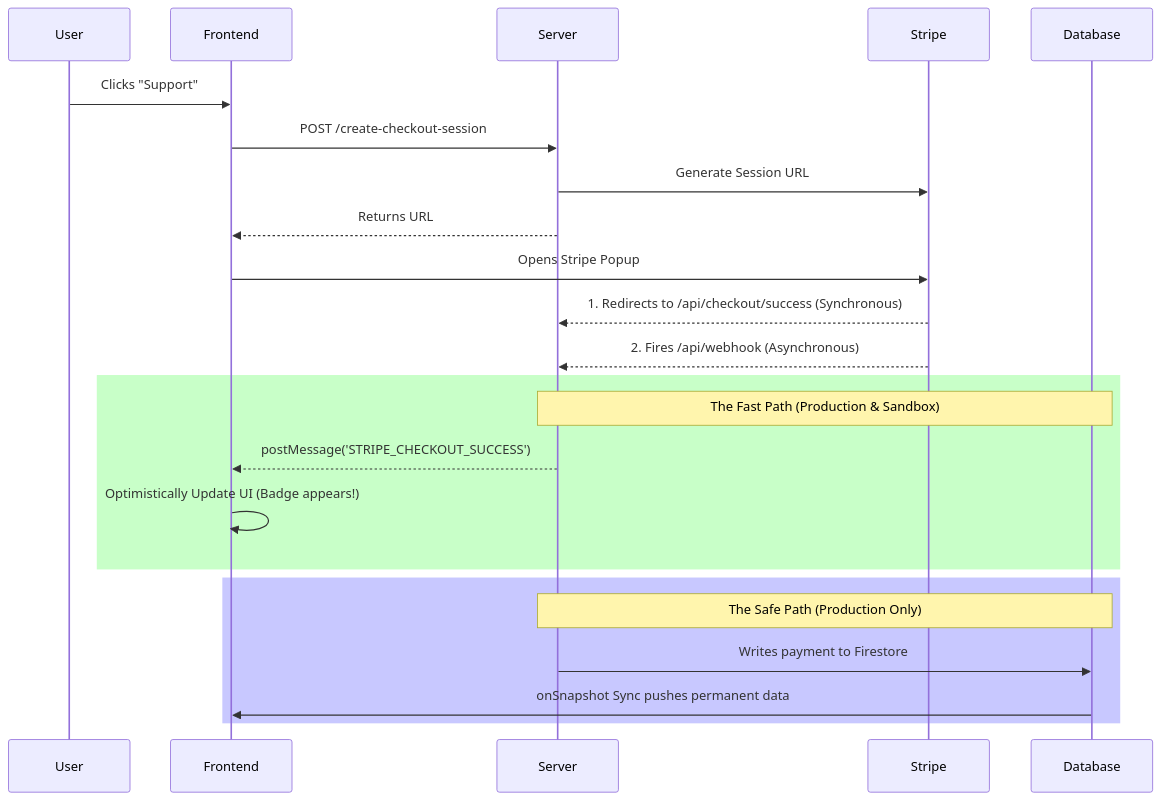
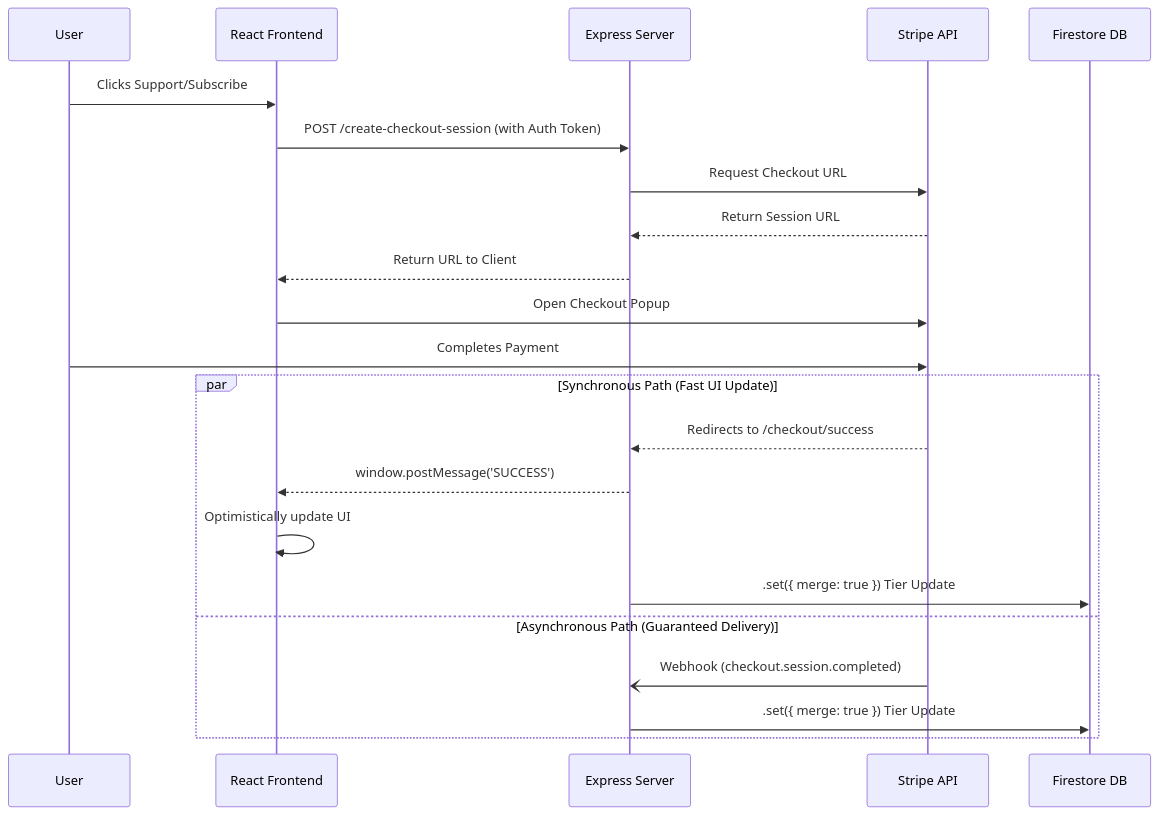
Before and after one commit to wanderloots-tutorials/vibe-coding: the diagram in stripe-tutorial.md, drawn with Mermaid. The commit also changed other lines of this file, not shown here.

Commit message:
docs: updating stripe tutorial to v2

````diff
--- a/stripe-tutorial.md
+++ b/stripe-tutorial.md
@@ -32,28 +28,30 @@
 ```mermaid
 sequenceDiagram
     participant User
-    participant Frontend
-    participant Server
-    participant Stripe
-    participant Database
+    participant React Frontend
+    participant Express Server
+    participant Stripe API
+    participant Firestore DB
 
-    User->>Frontend: Clicks "Support"
-    Frontend->>Server: POST /create-checkout-session
-    Server->>Stripe: Generate Session URL
-    Server-->>Frontend: Returns URL
-    Frontend->>Stripe: Opens Stripe Popup
-    Stripe-->>Server: 1. Redirects to /api/checkout/success (Synchronous)
-    Stripe-->>Server: 2. Fires /api/webhook (Asynchronous)
-    
-    rect rgb(200, 255, 200)
-    Note over Server,Database: The Fast Path (Production & Sandbox)
-    Server-->>Frontend: postMessage('STRIPE_CHECKOUT_SUCCESS')
-    Frontend->>Frontend: Optimistically Update UI (Badge appears!)
-    end
-    
-    rect rgb(200, 200, 255)
-    Note over Server,Database: The Safe Path (Production Only)
-    Server->>Database: Writes payment to Firestore
-    Database->>Frontend: onSnapshot Sync pushes permanent data
+    %% Initiation
+    User->>React Frontend: Clicks Support/Subscribe
+    React Frontend->>Express Server: POST /create-checkout-session (with Auth Token)
+    Express Server->>Stripe API: Request Checkout URL
+    Stripe API-->>Express Server: Return Session URL
+    Express Server-->>React Frontend: Return URL to Client
+
+    %% Checkout
+    React Frontend->>Stripe API: Open Checkout Popup
+    User->>Stripe API: Completes Payment
+
+    %% Dual Confirmation Path
+    par Synchronous Path (Fast UI Update)
+        Stripe API-->>Express Server: Redirects to /checkout/success
+        Express Server-->>React Frontend: window.postMessage('SUCCESS')
+        React Frontend->>React Frontend: Optimistically update UI
+        Express Server->>Firestore DB: .set({ merge: true }) Tier Update
+    and Asynchronous Path (Guaranteed Delivery)
+        Stripe API-)Express Server: Webhook (checkout.session.completed)
+        Express Server->>Firestore DB: .set({ merge: true }) Tier Update
     end
 ```
````
